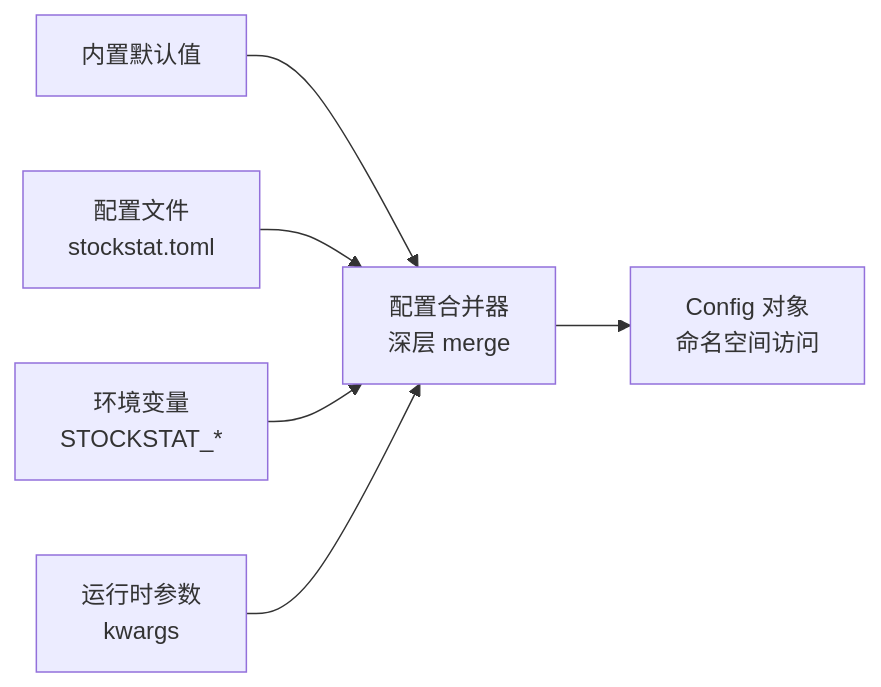
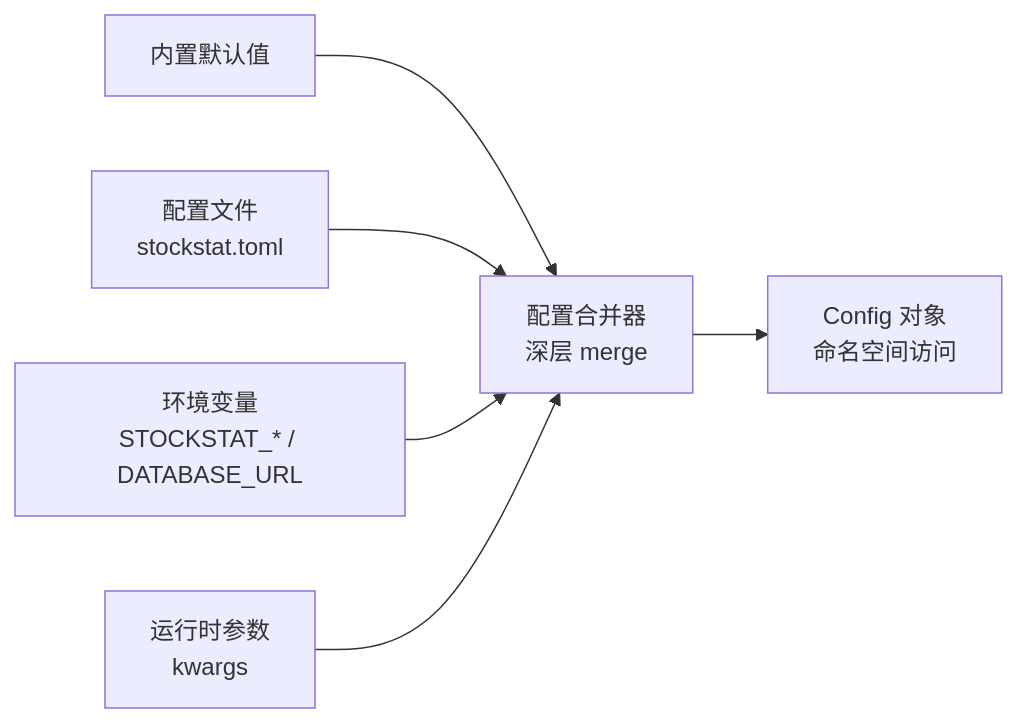
Before and after one commit to RESBI/StockStatistic: the fifth of 6 diagrams in DESIGN_CN.md, drawn with Mermaid. The commit also changed other lines of this file and 24 other files, not shown here.

````diff
--- a/DESIGN_CN.md
+++ b/DESIGN_CN.md
@@ -243,8 +344,8 @@
 ```mermaid
 graph LR
     D["内置默认值"] --> M["配置合并器<br/>深层 merge"]
     F["配置文件<br/>stockstat.toml"] --> M
-    E["环境变量<br/>STOCKSTAT_*"] --> M
+    E["环境变量<br/>STOCKSTAT_* / DATABASE_URL"] --> M
     A["运行时参数<br/>kwargs"] --> M
     M --> V["Config 对象<br/>命名空间访问"]
 ```
````
